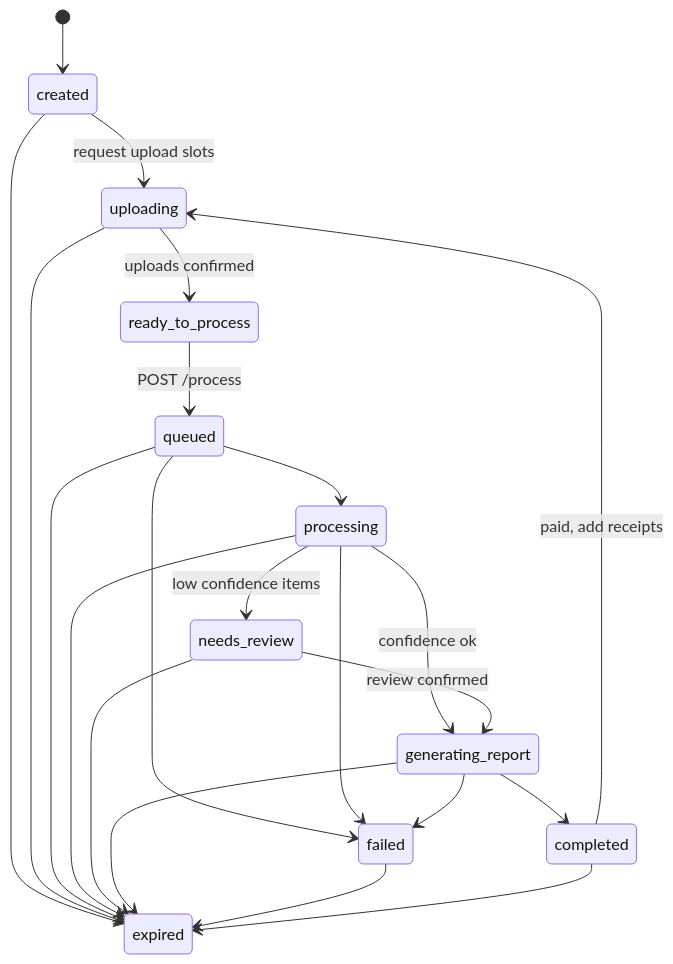
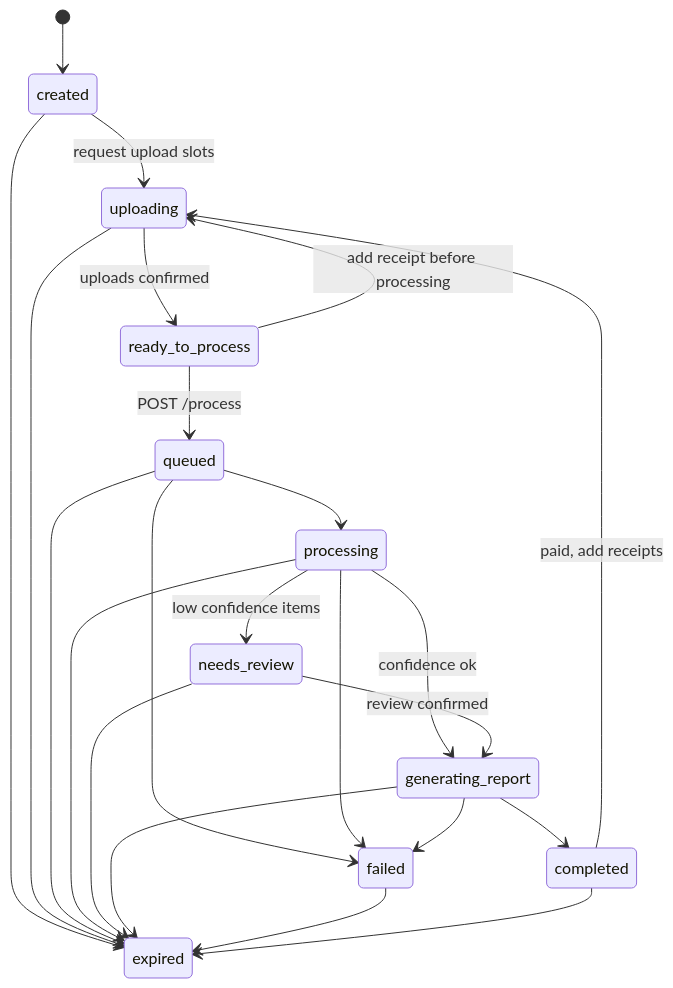
The first of 2 diagrams in docs/STATE_MACHINE.md (raul0r/lleno-contract), drawn with Mermaid before and after one commit. The commit also changed other lines of this file and 6 other files, not shown here.

````diff
--- a/docs/STATE_MACHINE.md
+++ b/docs/STATE_MACHINE.md
@@ -72,24 +72,25 @@
 ```mermaid
 stateDiagram-v2
     [*] --> created
     created --> uploading: request upload slots
     uploading --> ready_to_process: uploads confirmed
+    ready_to_process --> uploading: add receipt before processing
     ready_to_process --> queued: POST /process
     queued --> processing
     processing --> needs_review: low confidence items
     processing --> generating_report: confidence ok
     needs_review --> generating_report: review confirmed
     generating_report --> completed
     queued --> failed
     processing --> failed
     generating_report --> failed
     completed --> uploading: paid, add receipts
     created --> expired
     uploading --> expired
     queued --> expired
     processing --> expired
     needs_review --> expired
     generating_report --> expired
     failed --> expired
     completed --> expired
 ```
````
